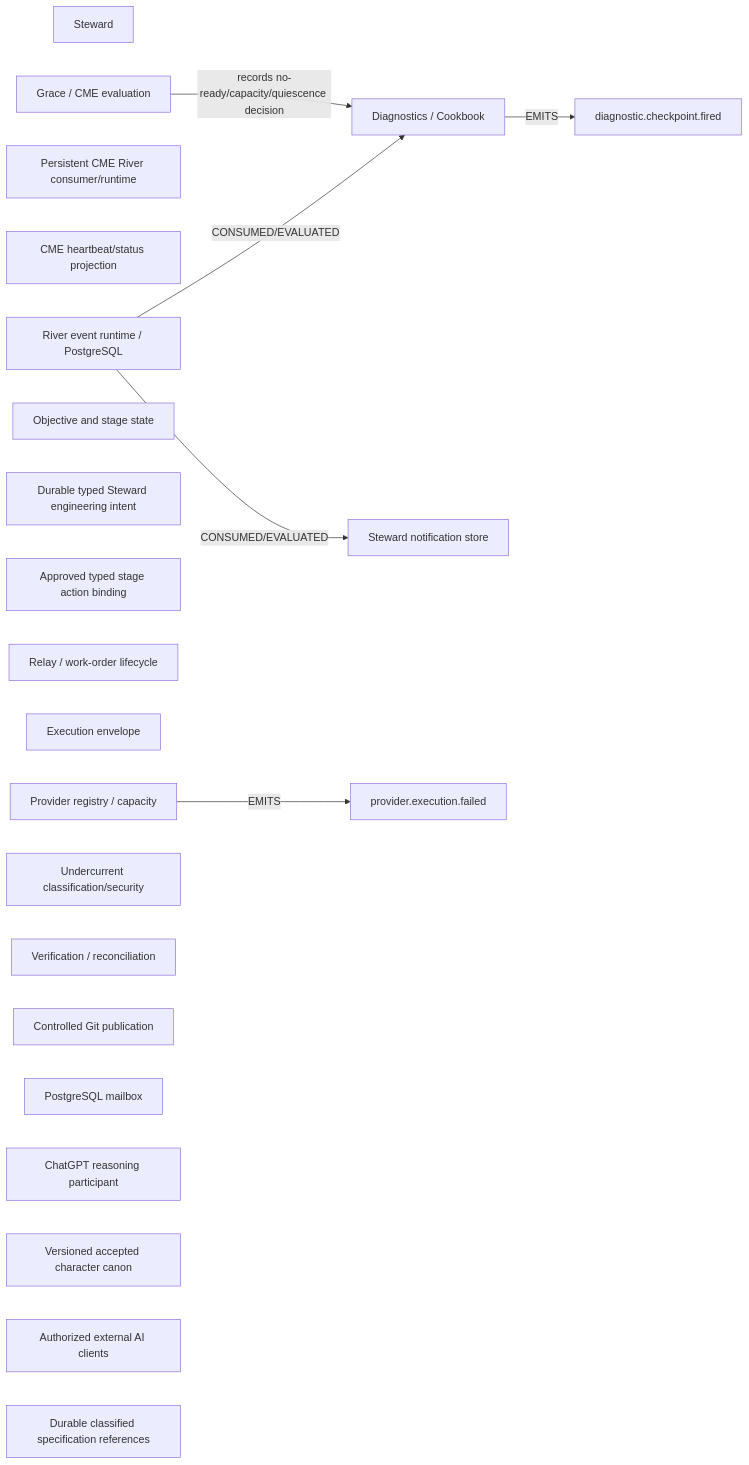
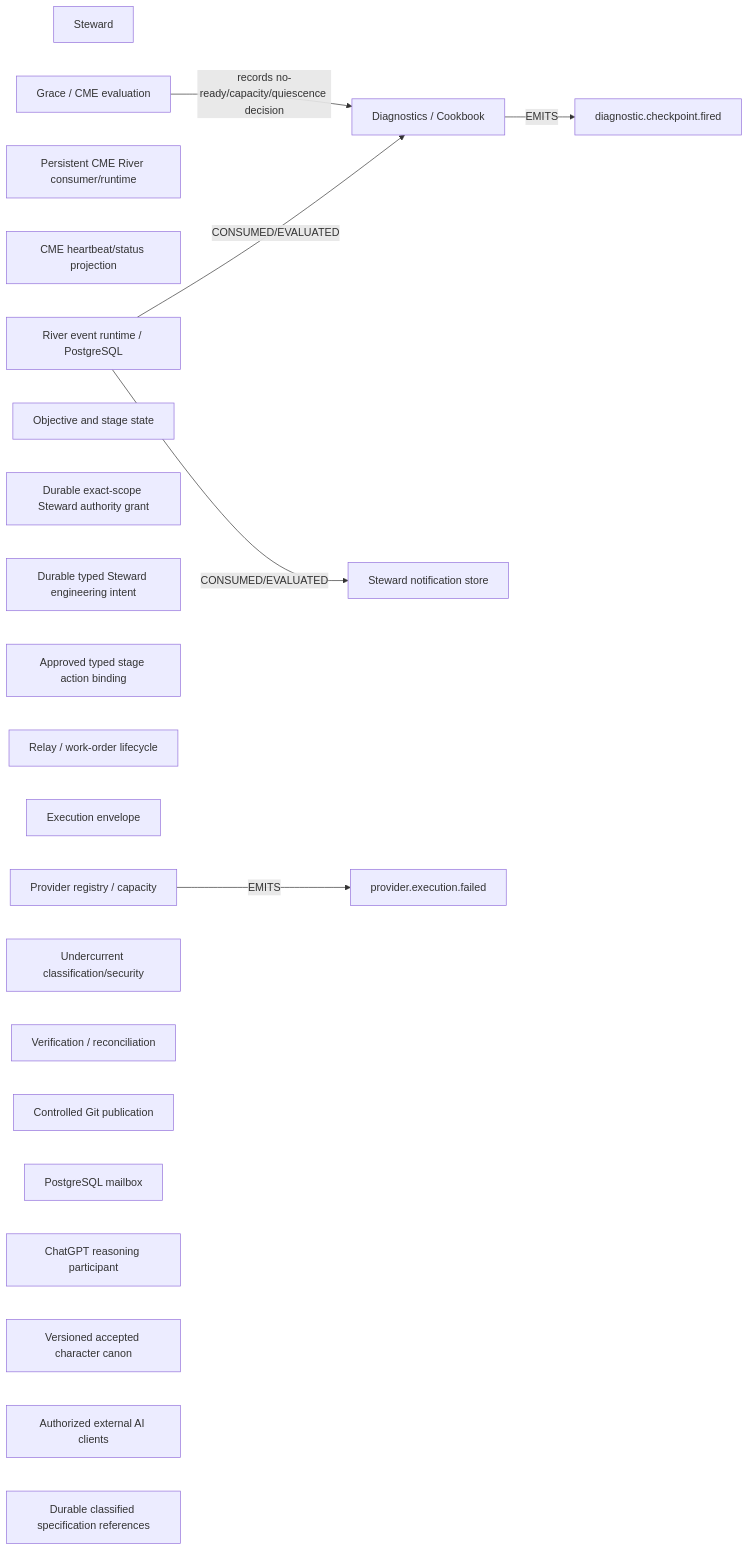
Before and after one commit to ppow1/Riverview: the diagram in docs/architecture/graph_views/09_diagnostics_seams.mmd, drawn with Mermaid. The commit also changed 25 other files, not shown here.

Commit message:
Propagate Steward authority through Grace formation

```diff
--- a/docs/architecture/graph_views/09_diagnostics_seams.mmd
+++ b/docs/architecture/graph_views/09_diagnostics_seams.mmd
@@ -1,29 +1,30 @@
 flowchart LR
     steward["Steward"]
     river["River event runtime / PostgreSQL"]
     cme_runtime["Persistent CME River consumer/runtime"]
     cme_status_projection["CME heartbeat/status projection"]
     grace["Grace / CME evaluation"]
     objective_state["Objective and stage state"]
+    steward_authority["Durable exact-scope Steward authority grant"]
     engineering_intent["Durable typed Steward engineering intent"]
     declared_action_binding["Approved typed stage action binding"]
     relay["Relay / work-order lifecycle"]
     execution_envelope["Execution envelope"]
     providers["Provider registry / capacity"]
     diagnostics["Diagnostics / Cookbook"]
     notifications["Steward notification store"]
     undercurrent["Undercurrent classification/security"]
     verification["Verification / reconciliation"]
     publication["Controlled Git publication"]
     mailbox["PostgreSQL mailbox"]
     chatgpt["ChatGPT reasoning participant"]
     character_canon["Versioned accepted character canon"]
     external_ai_clients["Authorized external AI clients"]
     specification_store["Durable classified specification references"]
     flow_event_provider_execution_failed["provider.execution.failed"]
     flow_event_diagnostic_checkpoint_fired["diagnostic.checkpoint.fired"]
     grace -->|records no-ready/capacity/quiescence decision| diagnostics
     providers -->|EMITS| flow_event_provider_execution_failed
     river -->|CONSUMED/EVALUATED| diagnostics
     diagnostics -->|EMITS| flow_event_diagnostic_checkpoint_fired
     river -->|CONSUMED/EVALUATED| notifications
```
